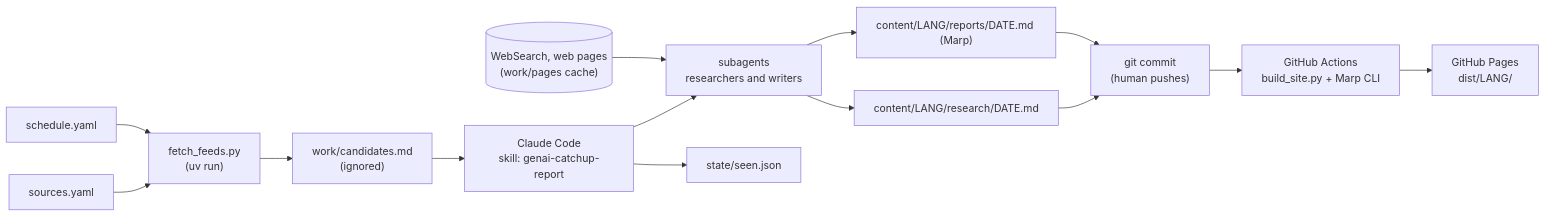
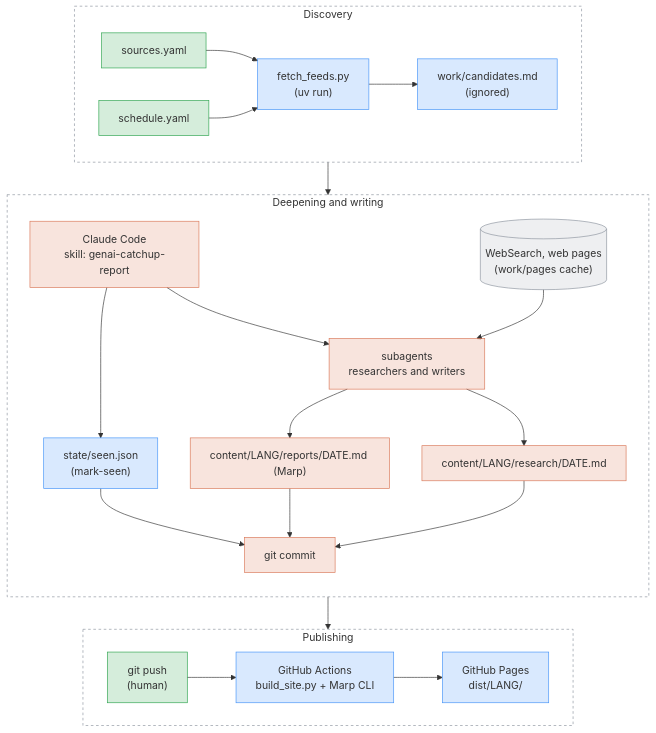
One commit to masamallow/genai-catchup changed the diagram in README.md. Above: the diagram before and after it, drawn with Mermaid. The commit also changed other lines of this file, not shown here.

Commit message:
docs(readme): make the pipeline diagram readable and colour it by owner
On GitHub the left-to-right diagram rendered 2300px wide and was scaled
to 0.36 to fit the 823px README column, leaving its labels about 6px
tall.

- Stack it in three subgraphs (discovery, deepening and writing,
  publishing) that match the bullets under it; it now renders at 0.84.
- Colour nodes by who writes or runs them, as in the "Written by"
  column of AGENTS.md: green the human, blue scripts and the site
  build, orange Claude Code, grey the web; a line under the diagram
  says so.
- Use 20% alpha fills so the theme's text colour stays legible in
  both light and dark mode.
- Split the commit (Claude Code) from the push (the human) and show
  that state/seen.json is committed too.

Checked with Mermaid 11.17.2, the version GitHub bundles, in light
and dark themes.

````diff
--- a/README.md
+++ b/README.md
@@ -16,15 +16,34 @@
 ```mermaid
-flowchart LR
-    S[sources.yaml] --> F["fetch_feeds.py<br/>(uv run)"]
-    SCH[schedule.yaml] --> F
-    F --> C["work/candidates.md<br/>(ignored)"]
-    C --> A["Claude Code<br/>skill: genai-catchup-report"]
-    A --> SUB["subagents<br/>researchers and writers"]
-    W[("WebSearch, web pages<br/>(work/pages cache)")] --> SUB
-    SUB --> R["content/LANG/research/DATE.md"]
-    SUB --> P["content/LANG/reports/DATE.md (Marp)"]
-    A --> SEEN["state/seen.json"]
-    R & P --> G["git commit<br/>(human pushes)"]
-    G --> CI["GitHub Actions<br/>build_site.py + Marp CLI"]
-    CI --> PAGES["GitHub Pages<br/>dist/LANG/"]
+flowchart TB
+    subgraph discovery["Discovery"]
+        direction LR
+        S[sources.yaml] --> F["fetch_feeds.py<br/>(uv run)"]
+        SCH[schedule.yaml] --> F
+        F --> C["work/candidates.md<br/>(ignored)"]
+    end
+    subgraph deepening["Deepening and writing"]
+        direction TB
+        A["Claude Code<br/>skill: genai-catchup-report"] --> SUB["subagents<br/>researchers and writers"]
+        W[("WebSearch, web pages<br/>(work/pages cache)")] --> SUB
+        SUB --> R["content/LANG/research/DATE.md"]
+        SUB --> P["content/LANG/reports/DATE.md (Marp)"]
+        A --> SEEN["state/seen.json<br/>(mark-seen)"]
+        R & P & SEEN --> G["git commit"]
+    end
+    subgraph publishing["Publishing"]
+        direction LR
+        PUSH["git push<br/>(human)"] --> CI["GitHub Actions<br/>build_site.py + Marp CLI"] --> PAGES["GitHub Pages<br/>dist/LANG/"]
+    end
+    discovery --> deepening --> publishing
+
+    classDef human fill:#2da44e33,stroke:#2da44e
+    classDef code fill:#4493f833,stroke:#4493f8
+    classDef agent fill:#d9775733,stroke:#d97757
+    classDef web fill:#8b949e26,stroke:#8b949e
+    classDef stage fill:none,stroke:#8b949e,stroke-dasharray:4 4
+    class S,SCH,PUSH human
+    class F,C,SEEN,CI,PAGES code
+    class A,SUB,R,P,G agent
+    class W web
+    class discovery,deepening,publishing stage
 ```
````
